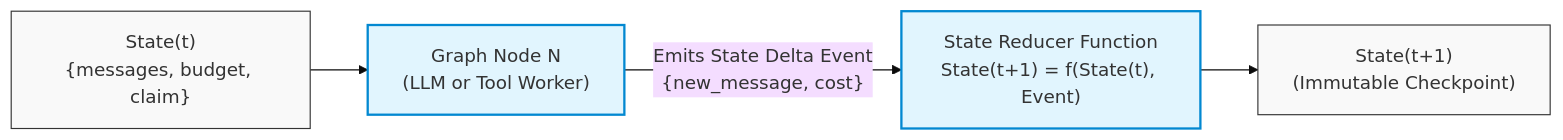
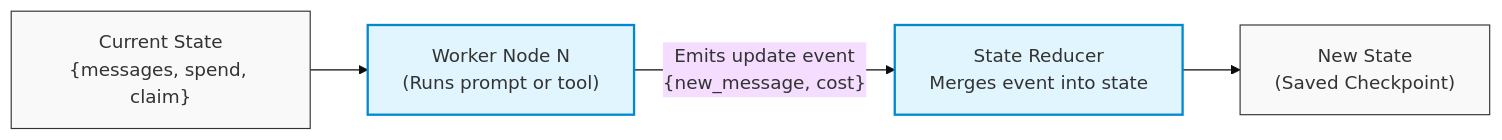
Before and after one commit to dip4k/senior-engineer-to-ai-engineer-roadmap: the second of 6 diagrams in 04-agentic-systems-and-orchestration/03-stateful-sessions-and-durable-wal-persistence.md, drawn with Mermaid (base theme). The commit also changed other lines of this file and 11 other files, not shown here.

````diff
--- a/04-agentic-systems-and-orchestration/03-stateful-sessions-and-durable-wal-persistence.md
+++ b/04-agentic-systems-and-orchestration/03-stateful-sessions-and-durable-wal-persistence.md
@@ -54,9 +54,9 @@
 ```mermaid
 flowchart LR
     classDef node fill:#e1f5fe,stroke:#0288d1,stroke-width:2px;
     classDef state fill:#f9f9f9,stroke:#333,stroke-width:1px;
 
-    StateT["State(t)\n{messages, budget, claim}"]:::state --> Node["Graph Node N\n(LLM or Tool Worker)"]:::node
-    Node -->|"Emits State Delta Event\n{new_message, cost}"| Reducer["State Reducer Function\nState(t+1) = f(State(t), Event)"]:::node
-    Reducer --> StateNext["State(t+1)\n(Immutable Checkpoint)"]:::state
+    StateT["Current State\n{messages, spend, claim}"]:::state --> Node["Worker Node N\n(Runs prompt or tool)"]:::node
+    Node -->|"Emits update event\n{new_message, cost}"| Reducer["State Reducer\nMerges event into state"]:::node
+    Reducer --> StateNext["New State\n(Saved Checkpoint)"]:::state
 ```
````
